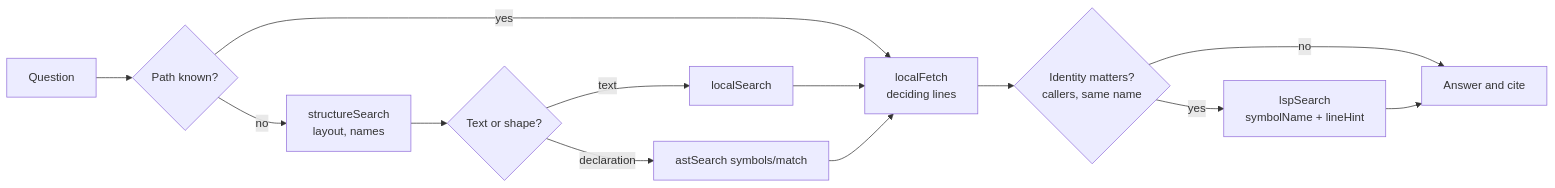
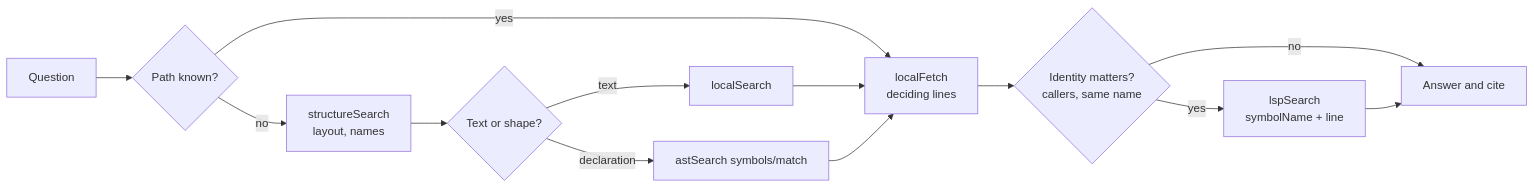
Before and after one commit to bgauryy/octocode-mcp: the second of 9 diagrams in docs/OCTOCODE_WORKFLOWS.md, drawn with Mermaid. The commit also changed other lines of this file and 698 other files, not shown here.

````diff
--- a/docs/OCTOCODE_WORKFLOWS.md
+++ b/docs/OCTOCODE_WORKFLOWS.md
@@ -96,15 +97,15 @@
 ```mermaid
 flowchart LR
   Q[Question] --> K{Path known?}
   K -- no --> S[structureSearch<br/>layout, names]
   S --> T{Text or shape?}
   K -- yes --> F
   T -- text --> L[localSearch]
   T -- declaration --> A[astSearch symbols/match]
   L --> F[localFetch<br/>deciding lines]
   A --> F
   F --> I{Identity matters?<br/>callers, same name}
-  I -- yes --> P[lspSearch<br/>symbolName + lineHint]
+  I -- yes --> P[lspSearch<br/>symbolName + line]
   I -- no --> D[Answer and cite]
   P --> D
 ```
````
